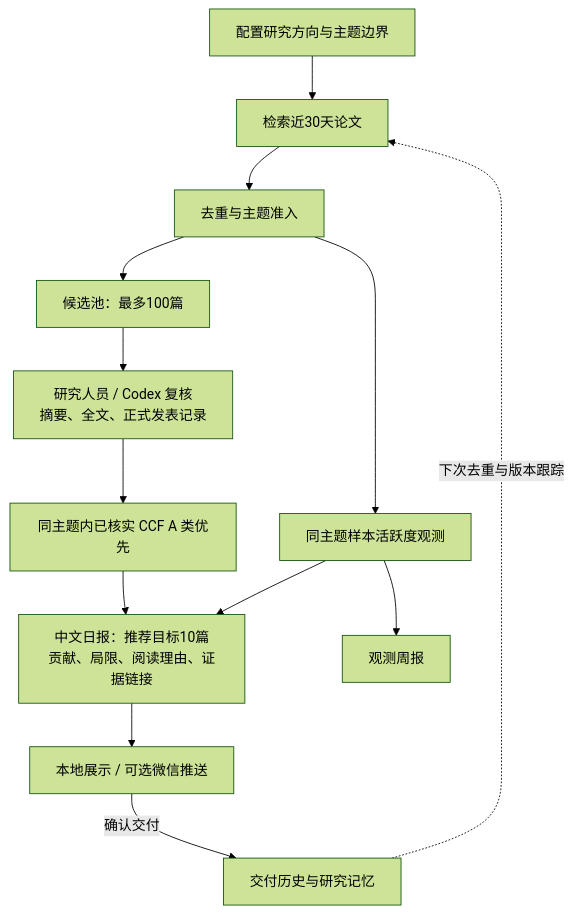
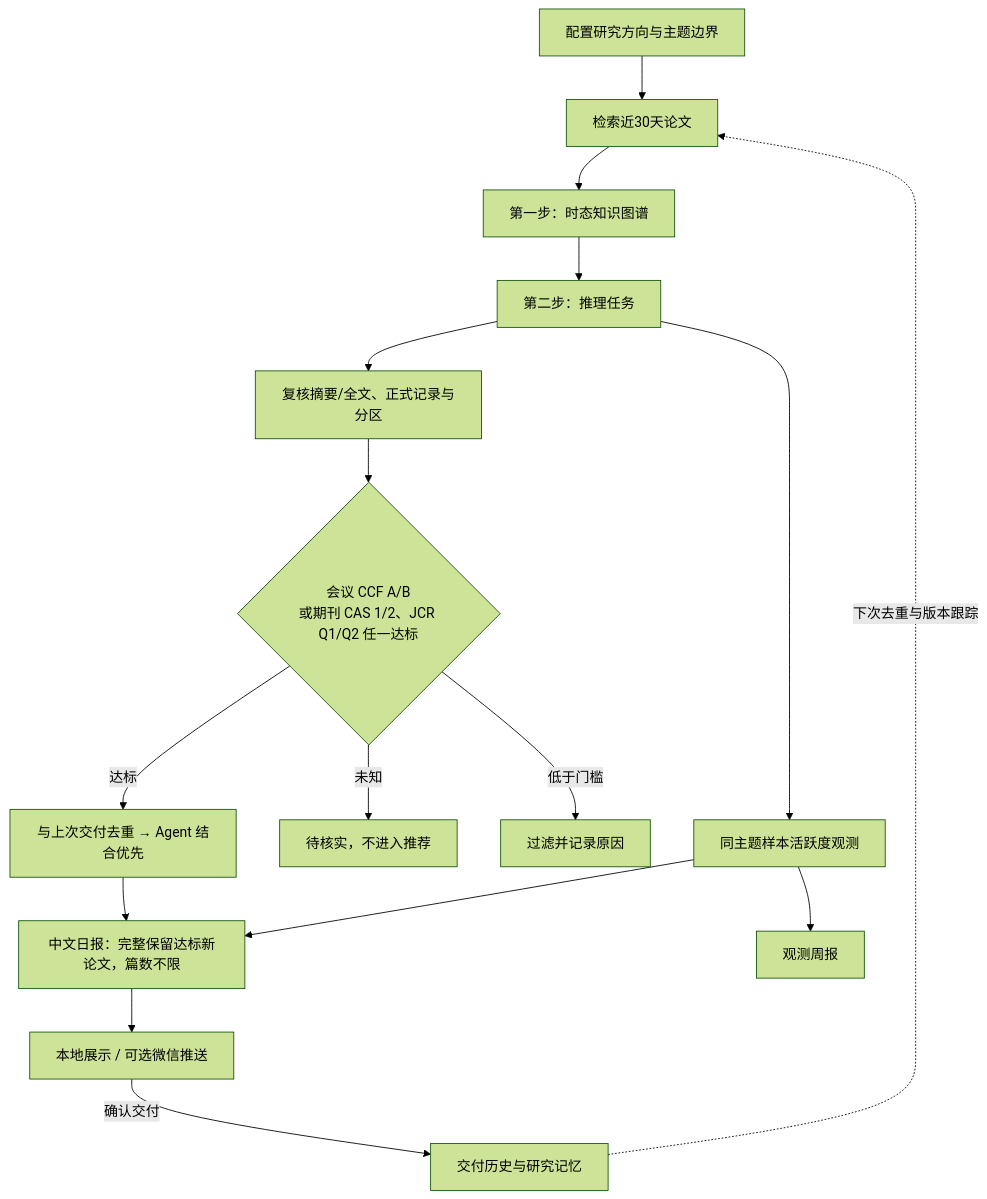
The diagram in README.md (TCcjx/research-paper-daily-push), drawn with Mermaid (forest theme) before and after one commit. The commit also changed other lines of this file and 24 other files, not shown here.

````diff
--- a/README.md
+++ b/README.md
@@ -9,15 +9,18 @@
 ```mermaid
 flowchart TD
     A["配置研究方向与主题边界"] --> B["检索近30天论文"]
-    B --> C["去重与主题准入"]
-    C --> D["候选池：最多100篇"]
-    D --> E["研究人员 / Codex 复核<br/>摘要、全文、正式发表记录"]
-    E --> F["同主题内已核实 CCF A 类优先"]
-    F --> G["中文日报：推荐目标10篇<br/>贡献、局限、阅读理由、证据链接"]
-    C --> T["同主题样本活跃度观测"]
+    B --> C["第一步：时态知识图谱"]
+    C --> D["第二步：推理任务"]
+    D --> E["复核摘要/全文、正式记录与分区"]
+    E --> F{"会议 CCF A/B<br/>或期刊 CAS 1/2、JCR Q1/Q2 任一达标"}
+    F -->|达标| J["与上次交付去重 → Agent 结合优先"]
+    F -->|未知| P["待核实，不进入推荐"]
+    F -->|低于门槛| X["过滤并记录原因"]
+    J --> G["中文日报：完整保留达标新论文，篇数不限"]
+    D --> T["同主题样本活跃度观测"]
     T --> G
     T --> W["观测周报"]
     G --> H["本地展示 / 可选微信推送"]
     H -->|确认交付| I["交付历史与研究记忆"]
     I -.->|下次去重与版本跟踪| B
 ```
````
